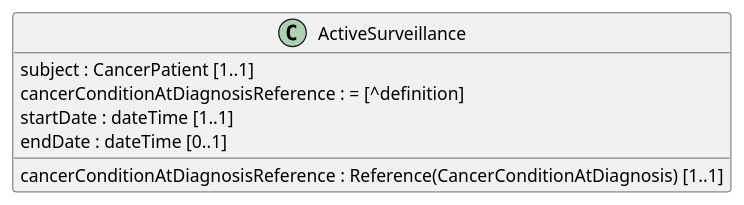
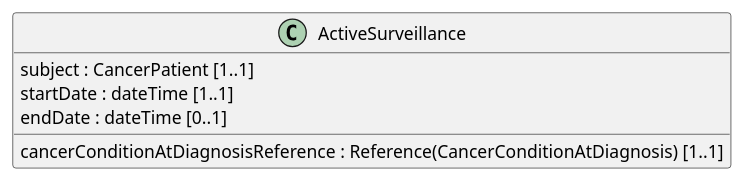
Before and after one commit to hl7-eu/cancer-common: the diagram in input/images-source/ActiveSurveillance_LM.plantuml, drawn with PlantUML. The commit also changed 9 other files, not shown here.

Commit message:
cleaned up plantuml model diagrams

```diff
--- a/input/images-source/ActiveSurveillance_LM.plantuml
+++ b/input/images-source/ActiveSurveillance_LM.plantuml
@@ -1,13 +1,12 @@
 @startuml
 hide empty members
 skinparam classAttributeIconSize 0
 
 class ActiveSurveillance {
   subject : CancerPatient [1..1]
   cancerConditionAtDiagnosisReference : Reference(CancerConditionAtDiagnosis) [1..1]
-  cancerConditionAtDiagnosisReference : = [^definition]
   startDate : dateTime [1..1]
   endDate : dateTime [0..1]
 }
 
 @enduml
```
